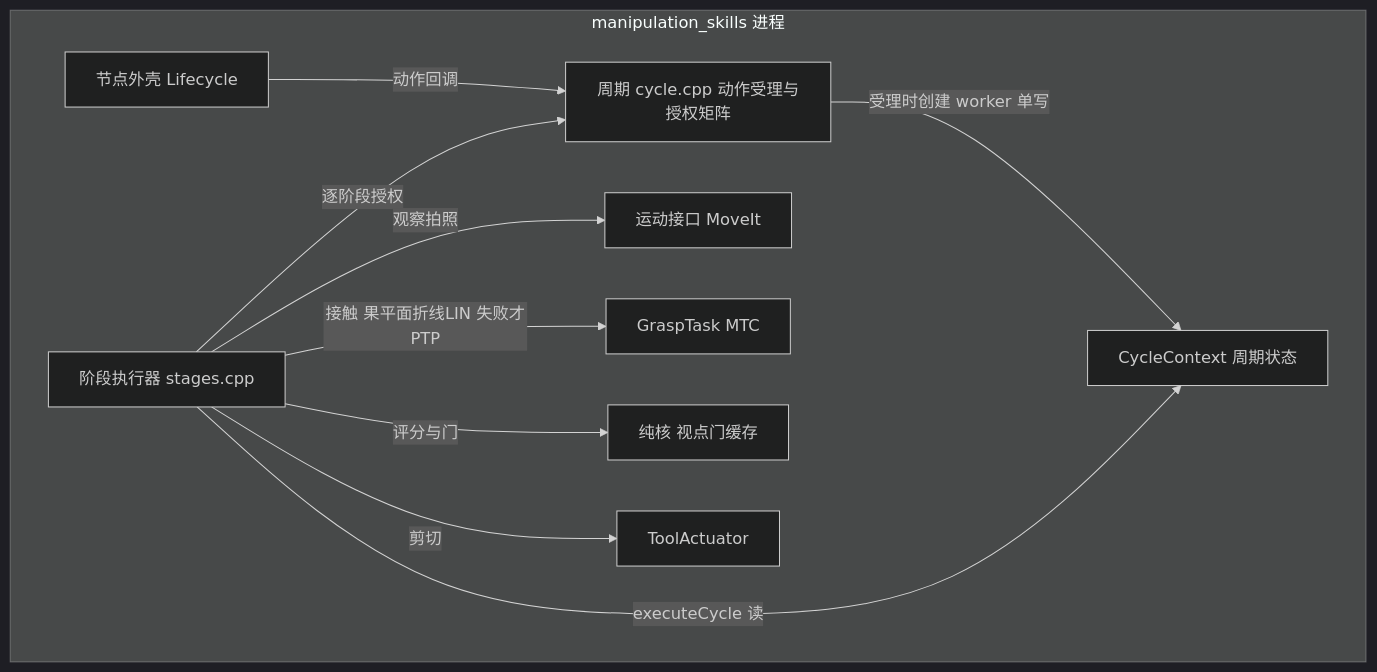
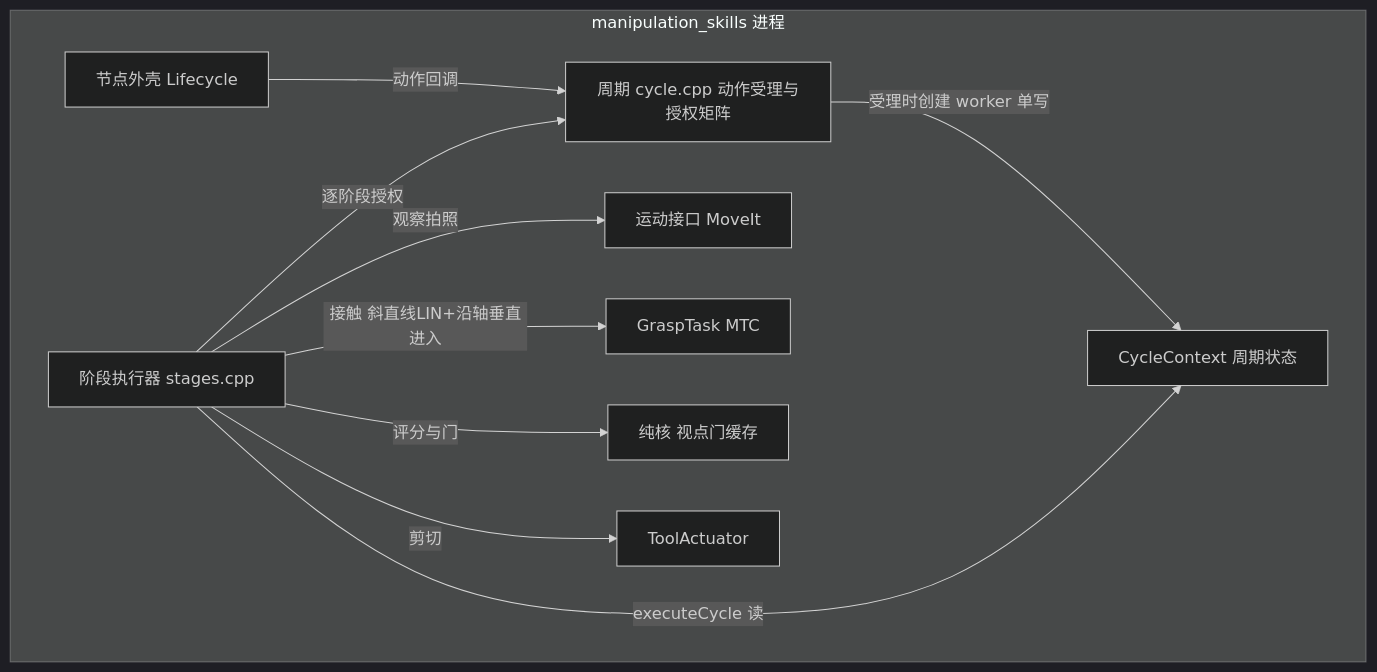
One commit to MUHAN11-c/aubo_boot changed the third of 15 diagrams in docs/architecture.md. Above: the diagram before and after it, drawn with Mermaid (dark theme). The commit also changed other lines of this file and 36 other files, not shown here.

````diff
--- a/docs/architecture.md
+++ b/docs/architecture.md
@@ -138,21 +138,21 @@
 ```mermaid
 flowchart TB
   subgraph sk["manipulation_skills 进程"]
     shell["节点外壳 Lifecycle"]
     cycle["周期 cycle.cpp 动作受理与授权矩阵"]
     ctx["CycleContext 周期状态"]
     stages["阶段执行器 stages.cpp"]
     mot["运动接口 MoveIt"]
     mtc["GraspTask MTC"]
     core["纯核 视点门缓存"]
     tool["ToolActuator"]
   end
   shell -->|"动作回调"| cycle
   cycle -->|"受理时创建 worker 单写"| ctx
   stages -->|"executeCycle 读"| ctx
   stages -->|"逐阶段授权"| cycle
   stages -->|"观察拍照"| mot
-  stages -->|"接触 果平面折线LIN 失败才PTP"| mtc
+  stages -->|"接触 斜直线LIN+沿轴垂直进入"| mtc
   stages -->|"评分与门"| core
   stages -->|"剪切"| tool
 ```
````
